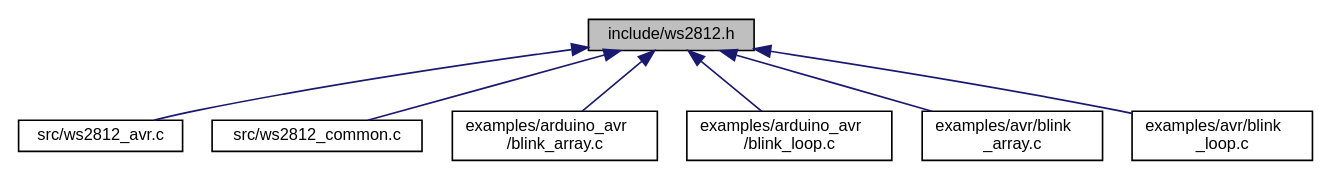
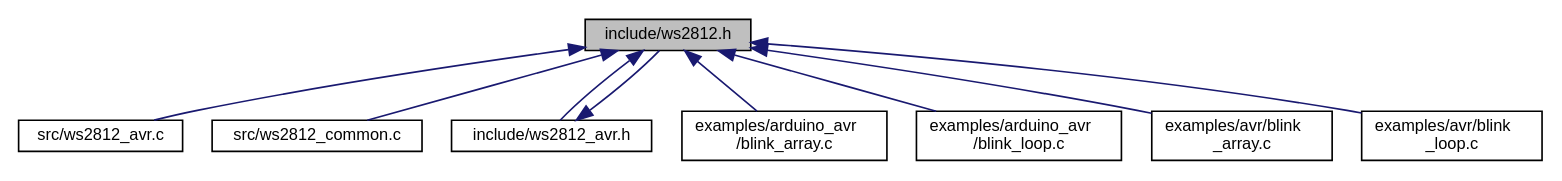
One commit to CTXz/TinyWS2812 changed the diagram in docs/ws2812_8h__dep__incl.dot. Above: the diagram before and after it, drawn with Graphviz. The commit also changed 97 other files, not shown here.

```diff
--- a/docs/ws2812_8h__dep__incl.dot
+++ b/docs/ws2812_8h__dep__incl.dot
@@ -1,19 +1,22 @@
 digraph "include/ws2812.h"
 {
  // LATEX_PDF_SIZE
   edge [fontname="Helvetica",fontsize="10",labelfontname="Helvetica",labelfontsize="10"];
   node [fontname="Helvetica",fontsize="10",shape=record];
   Node1 [label="include/ws2812.h",height=0.2,width=0.4,color="black", fillcolor="grey75", style="filled", fontcolor="black",tooltip="Exposes the Tiny-WS2812 driver interface."];
   Node1 -> Node2 [dir="back",color="midnightblue",fontsize="10",style="solid",fontname="Helvetica"];
   Node2 [label="src/ws2812_avr.c",height=0.2,width=0.4,color="black", fillcolor="white", style="filled",URL="$ws2812__avr_8c.html",tooltip="Driver code for AVR chips."];
   Node1 -> Node3 [dir="back",color="midnightblue",fontsize="10",style="solid",fontname="Helvetica"];
   Node3 [label="src/ws2812_common.c",height=0.2,width=0.4,color="black", fillcolor="white", style="filled",URL="$ws2812__common_8c.html",tooltip="Common driver code shared accross all supported platforms."];
   Node1 -> Node4 [dir="back",color="midnightblue",fontsize="10",style="solid",fontname="Helvetica"];
-  Node4 [label="examples/arduino_avr\l/blink_array.c",height=0.2,width=0.4,color="black", fillcolor="white", style="filled",URL="$arduino__avr_2blink__array_8c.html",tooltip="Blinks one or more WS2812 strips using a RGB array."];
+  Node4 [label="include/ws2812_avr.h",height=0.2,width=0.4,color="black", fillcolor="white", style="filled",URL="$ws2812__avr_8h.html",tooltip="Provides AVR platform specific definitions."];
+  Node4 -> Node1 [dir="back",color="midnightblue",fontsize="10",style="solid",fontname="Helvetica"];
   Node1 -> Node5 [dir="back",color="midnightblue",fontsize="10",style="solid",fontname="Helvetica"];
-  Node5 [label="examples/arduino_avr\l/blink_loop.c",height=0.2,width=0.4,color="black", fillcolor="white", style="filled",URL="$arduino__avr_2blink__loop_8c.html",tooltip="Blinks one or more WS2812 strips using a more memory efficient method than the blink_array...."];
+  Node5 [label="examples/arduino_avr\l/blink_array.c",height=0.2,width=0.4,color="black", fillcolor="white", style="filled",URL="$arduino__avr_2blink__array_8c.html",tooltip="Blinks one or more WS2812 devices using a RGB array."];
   Node1 -> Node6 [dir="back",color="midnightblue",fontsize="10",style="solid",fontname="Helvetica"];
-  Node6 [label="examples/avr/blink\l_array.c",height=0.2,width=0.4,color="black", fillcolor="white", style="filled",URL="$avr_2blink__array_8c.html",tooltip="Blinks one or more WS2812 strips using a RGB array."];
+  Node6 [label="examples/arduino_avr\l/blink_loop.c",height=0.2,width=0.4,color="black", fillcolor="white", style="filled",URL="$arduino__avr_2blink__loop_8c.html",tooltip="Blinks one or more WS2812 devices using a more memory efficient method than the blink_array...."];
   Node1 -> Node7 [dir="back",color="midnightblue",fontsize="10",style="solid",fontname="Helvetica"];
-  Node7 [label="examples/avr/blink\l_loop.c",height=0.2,width=0.4,color="black", fillcolor="white", style="filled",URL="$avr_2blink__loop_8c.html",tooltip="Blinks one or more WS2812 strips using a more memory efficient method than the blink_array...."];
+  Node7 [label="examples/avr/blink\l_array.c",height=0.2,width=0.4,color="black", fillcolor="white", style="filled",URL="$avr_2blink__array_8c.html",tooltip="Blinks one or more WS2812 devices using a RGB array."];
+  Node1 -> Node8 [dir="back",color="midnightblue",fontsize="10",style="solid",fontname="Helvetica"];
+  Node8 [label="examples/avr/blink\l_loop.c",height=0.2,width=0.4,color="black", fillcolor="white", style="filled",URL="$avr_2blink__loop_8c.html",tooltip="Blinks one or more WS2812 devices using a more memory efficient method than the blink_array...."];
 }
```
